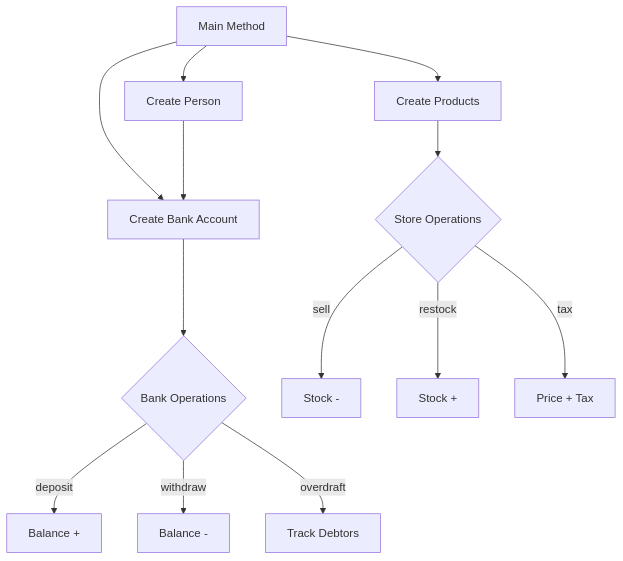
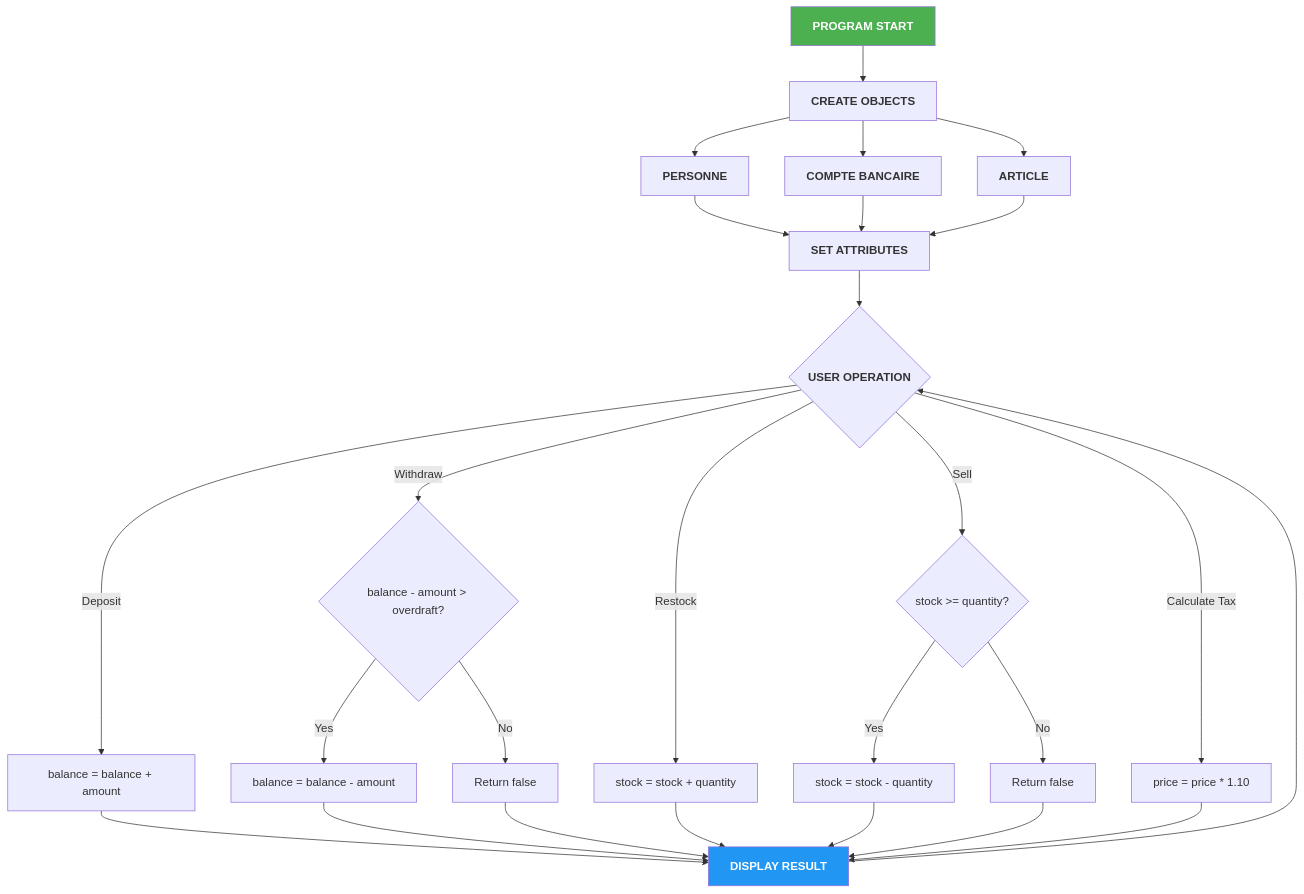
One commit to Lagmouchyoussef/java-oop-bank-store---Simple-and-descriptive changed the fourth of 4 diagrams in README.md. Above: the diagram before and after it, drawn with Mermaid. The commit also changed other lines of this file, not shown here.

````diff
--- a/README.md
+++ b/README.md
@@ -267,19 +415,39 @@
 ```mermaid
 flowchart TD
-    A[Main Method] --> B[Create Person]
-    A --> C[Create Bank Account]
-    A --> D[Create Products]
+    A[<b>PROGRAM START</b>] --> B[<b>CREATE OBJECTS</b>]
     
-    B --> C
+    B --> C[<b>PERSONNE</b>]
+    B --> D[<b>COMPTE BANCAIRE</b>]
+    B --> E[<b>ARTICLE</b>]
     
-    C --> E{Bank Operations}
-    D --> F{Store Operations}
+    C --> F[<b>SET ATTRIBUTES</b>]
+    D --> F
+    E --> F
     
-    E -->|deposit| G[Balance +]
-    E -->|withdraw| H[Balance -]
-    E -->|overdraft| I[Track Debtors]
+    F --> G{<b>USER OPERATION</b>}
     
-    F -->|sell| J[Stock -]
-    F -->|restock| K[Stock +]
-    F -->|tax| L[Price + Tax]
+    G -->|Deposit| H[balance = balance + amount]
+    G -->|Withdraw| I{balance - amount > overdraft?}
+    I -->|Yes| J[balance = balance - amount]
+    I -->|No| K[Return false]
+    
+    G -->|Restock| L[stock = stock + quantity]
+    G -->|Sell| M{stock >= quantity?}
+    M -->|Yes| N[stock = stock - quantity]
+    M -->|No| O[Return false]
+    
+    G -->|Calculate Tax| P[price = price * 1.10]
+    
+    H --> Q[<b>DISPLAY RESULT</b>]
+    J --> Q
+    K --> Q
+    L --> Q
+    N --> Q
+    O --> Q
+    P --> Q
+    
+    Q --> G
+    
+    style A fill:#4CAF50,color:#fff
+    style Q fill:#2196F3,color:#fff
 ```
````
